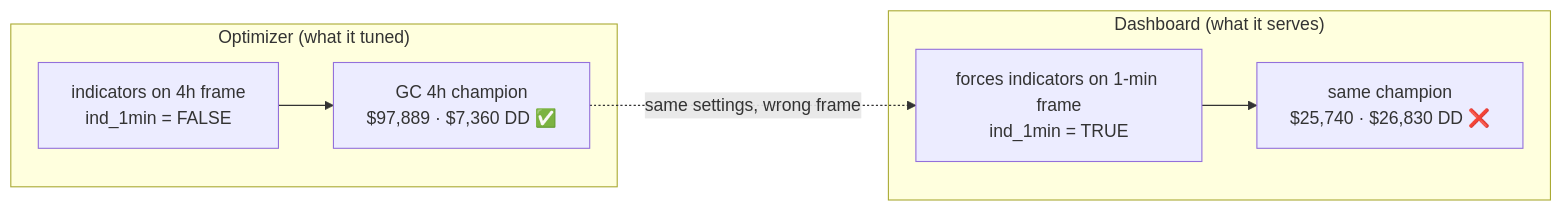
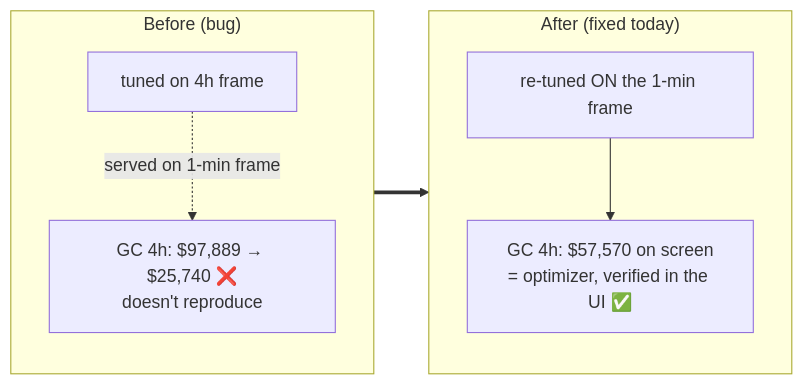
The first of 2 diagrams in subprojects/Parametric-Indicators/DAILY_REPORTS.md (mulhamfetna/trading-strategy-finder), drawn with Mermaid before and after one commit. The commit also changed other lines of this file and 2 other files, not shown here.

First line of the commit message:
docs(dashboard): shared-service control script + user guide; daily report 2026-07-07

````diff
--- a/subprojects/Parametric-Indicators/DAILY_REPORTS.md
+++ b/subprojects/Parametric-Indicators/DAILY_REPORTS.md
@@ -34,10 +30,10 @@
 ```mermaid
 flowchart LR
-    subgraph OPT["Optimizer (what it tuned)"]
-      A["indicators on 4h frame<br/>ind_1min = FALSE"] --> B["GC 4h champion<br/>$97,889 · $7,360 DD ✅"]
+    subgraph BEFORE["Before (bug)"]
+      A["tuned on 4h frame"] -. "served on 1-min frame" .-> B["GC 4h: $97,889 → $25,740 ❌<br/>doesn't reproduce"]
     end
-    subgraph DASH["Dashboard (what it serves)"]
-      C["forces indicators on 1-min frame<br/>ind_1min = TRUE"] --> D["same champion<br/>$25,740 · $26,830 DD ❌"]
+    subgraph AFTER["After (fixed today)"]
+      C["re-tuned ON the 1-min frame"] --> D["GC 4h: $57,570 on screen<br/>= optimizer, verified in the UI ✅"]
     end
-    B -. "same settings, wrong frame" .-> C
+    BEFORE ==> AFTER
 ```
````
